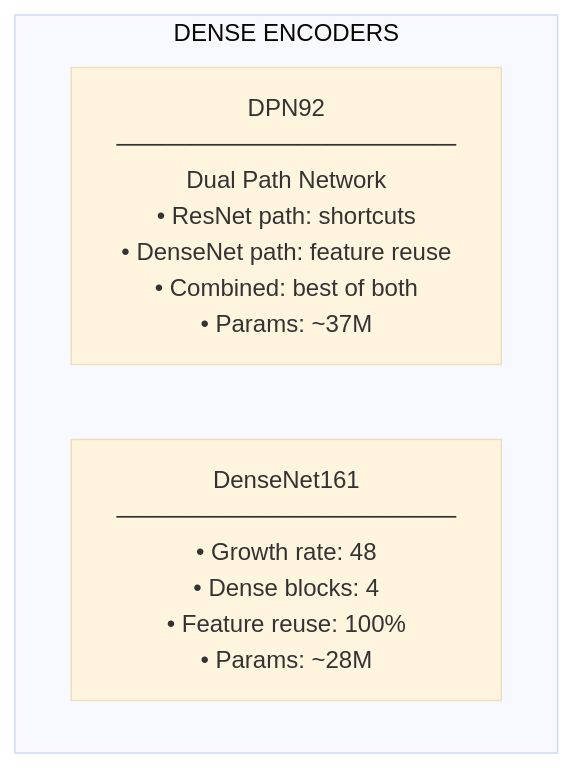
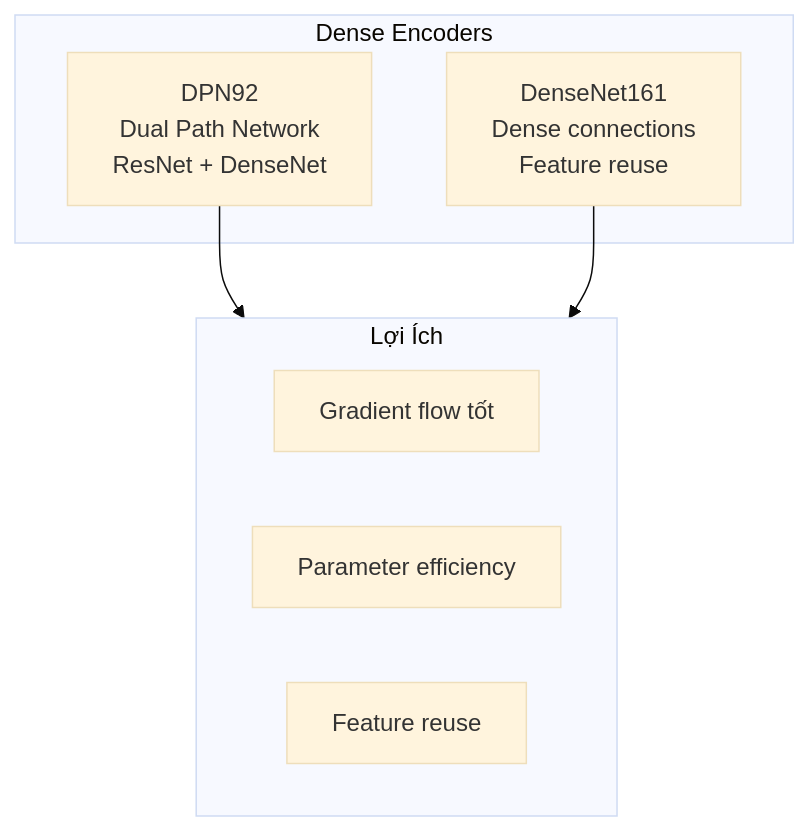
One commit to rerangst/geobayai_lab changed the fourth of 4 diagrams in research/chuong-06-xview-challenges/muc-02-xview2-building-damage/03-giai-nhi.md. Above: the diagram before and after it, drawn with Mermaid (base theme). The commit also changed other lines of this file and 18 other files, not shown here.

````diff
--- a/research/chuong-06-xview-challenges/muc-02-xview2-building-damage/03-giai-nhi.md
+++ b/research/chuong-06-xview-challenges/muc-02-xview2-building-damage/03-giai-nhi.md
@@ -244,10 +94,16 @@
 ```mermaid
 flowchart TB
-    subgraph ENCODERS["DENSE ENCODERS"]
-        direction LR
+    subgraph ENCODERS["Dense Encoders"]
+        DPN92["DPN92<br/>Dual Path Network<br/>ResNet + DenseNet"]
+        DN161["DenseNet161<br/>Dense connections<br/>Feature reuse"]
+    end
 
-        DPN["DPN92<br/>────────────────────<br/>Dual Path Network<br/>• ResNet path: shortcuts<br/>• DenseNet path: feature reuse<br/>• Combined: best of both<br/>• Params: ~37M"]
+    subgraph BENEFIT["Lợi Ích"]
+        B1["Gradient flow tốt"]
+        B2["Parameter efficiency"]
+        B3["Feature reuse"]
+    end
 
-        DENSE["DenseNet161<br/>────────────────────<br/>• Growth rate: 48<br/>• Dense blocks: 4<br/>• Feature reuse: 100%<br/>• Params: ~28M"]
-    end
+    DPN92 --> BENEFIT
+    DN161 --> BENEFIT
 ```
````
